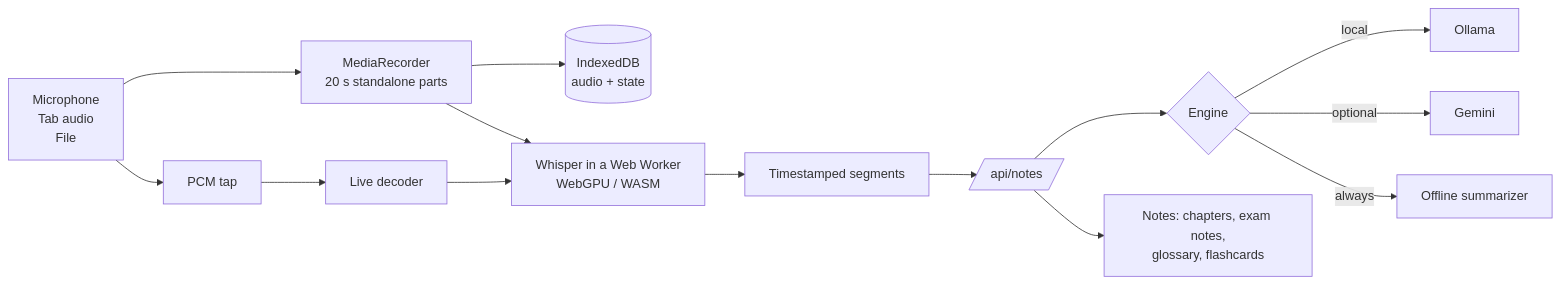
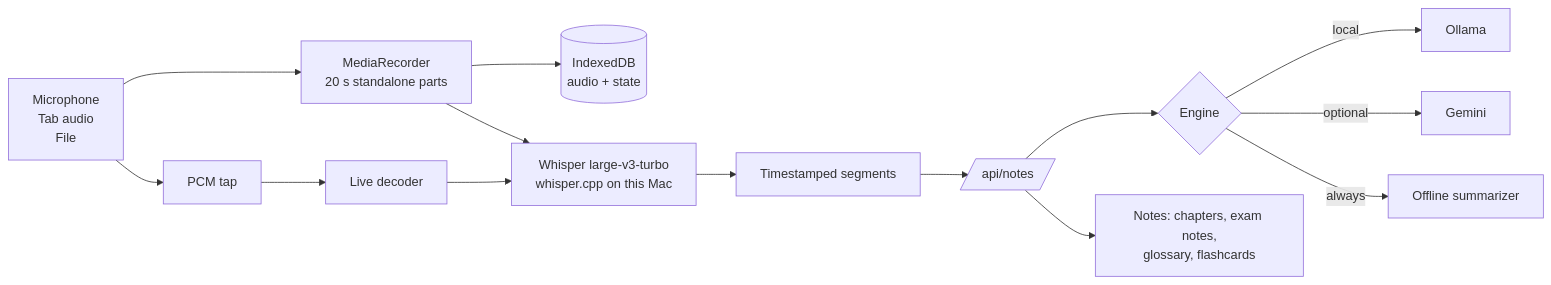
Before and after one commit to metaxylen/lectern: the diagram in README.md, drawn with Mermaid. The commit also changed other lines of this file and 62 other files, not shown here.

First line of the commit message:
Ship dark studio UI, native Whisper turbo STT, and WAV audio export.

````diff
--- a/README.md
+++ b/README.md
@@ -86,15 +93,15 @@
 ```mermaid
 flowchart LR
   A[Microphone<br/>Tab audio<br/>File] --> B[MediaRecorder<br/>20 s standalone parts]
   B --> C[(IndexedDB<br/>audio + state)]
   A --> T[PCM tap] --> L[Live decoder]
-  B --> W[Whisper in a Web Worker<br/>WebGPU / WASM]
+  B --> W[Whisper large-v3-turbo<br/>whisper.cpp on this Mac]
   L --> W
   W --> S[Timestamped segments]
   S --> N[/api/notes/]
   N --> E{Engine}
   E -->|local| O[Ollama]
   E -->|optional| G[Gemini]
   E -->|always| F[Offline summarizer]
   N --> R[Notes: chapters, exam notes,<br/>glossary, flashcards]
 ```
````
